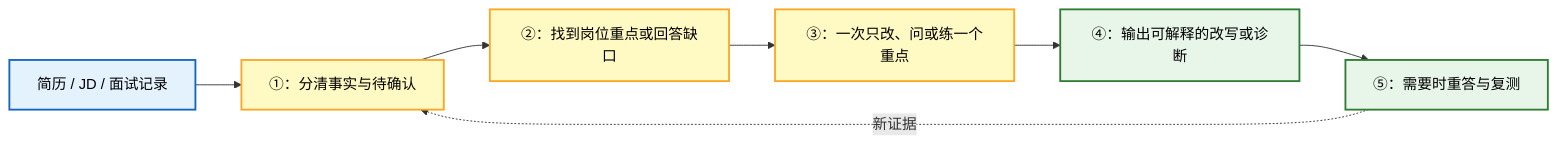
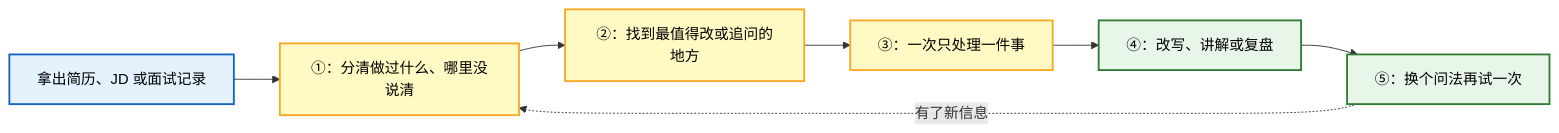
One commit to chengzicv/chengzicv-career-skills changed the first of 2 diagrams in README.md. Above: the diagram before and after it, drawn with Mermaid. The commit also changed other lines of this file, not shown here.

````diff
--- a/README.md
+++ b/README.md
@@ -35,13 +19,13 @@
 ```mermaid
 graph LR
     classDef input fill:#e3f2fd,stroke:#1565c0,stroke-width:2px,color:#000;
     classDef process fill:#fff9c4,stroke:#f9a825,stroke-width:2px,color:#000;
     classDef output fill:#e8f5e9,stroke:#2e7d32,stroke-width:2px,color:#000;
 
-    Material["简历 / JD / 面试记录"]:::input --> Fact["①：分清事实与待确认"]:::process
-    Fact --> Target["②：找到岗位重点或回答缺口"]:::process
-    Target --> Action["③：一次只改、问或练一个重点"]:::process
-    Action --> Result["④：输出可解释的改写或诊断"]:::output
-    Result --> Retest["⑤：需要时重答与复测"]:::output
-    Retest -.->|"新证据"| Fact
+    Material["拿出简历、JD 或面试记录"]:::input --> Fact["①：分清做过什么、哪里没说清"]:::process
+    Fact --> Target["②：找到最值得改或追问的地方"]:::process
+    Target --> Action["③：一次只处理一件事"]:::process
+    Action --> Result["④：改写、讲解或复盘"]:::output
+    Result --> Retest["⑤：换个问法再试一次"]:::output
+    Retest -.->|"有了新信息"| Fact
 ```
````
